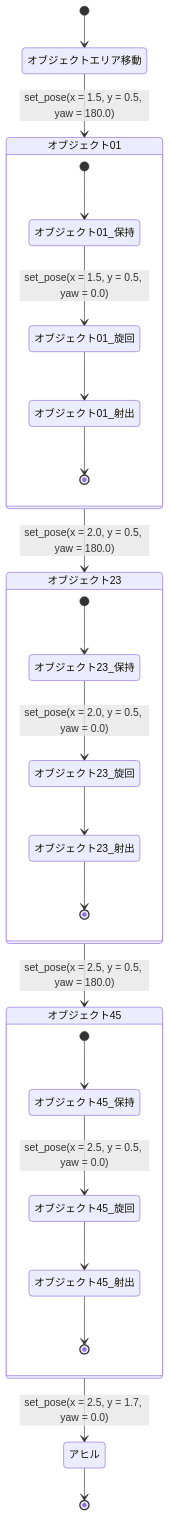
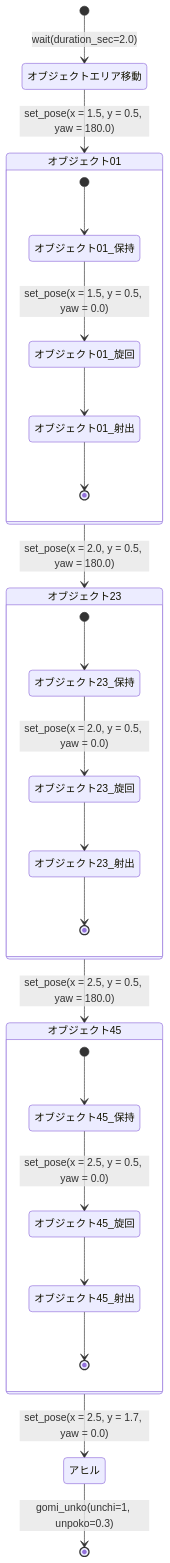
Before and after one commit to NITIC-Robot-Club/krb2026b_ros2: the diagram in src/launch/krb2026b_launch/state_graph/test.md, drawn with Mermaid. The commit also changed 4 other files, not shown here.

````diff
--- a/src/launch/krb2026b_launch/state_graph/test.md
+++ b/src/launch/krb2026b_launch/state_graph/test.md
@@ -1,30 +1,30 @@
 ```mermaid
 stateDiagram-v2
-[*] --> オブジェクトエリア移動
+[*] --> オブジェクトエリア移動 : wait(duration_sec=2.0)
 オブジェクトエリア移動 --> オブジェクト01 : set_pose(x = 1.5, y = 0.5, yaw = 180.0)
 オブジェクト01 --> オブジェクト23 : set_pose(x = 2.0, y = 0.5, yaw = 180.0)
 オブジェクト23 --> オブジェクト45 : set_pose(x = 2.5, y = 0.5, yaw = 180.0)
 オブジェクト45 --> アヒル : set_pose(x = 2.5, y = 1.7, yaw = 0.0)
-アヒル --> [*]
+アヒル --> [*] : gomi_unko(unchi=1, unpoko=0.3)
 
 state オブジェクト01 {
     [*] --> オブジェクト01_保持
     オブジェクト01_保持 --> オブジェクト01_旋回 : set_pose(x = 1.5, y = 0.5, yaw = 0.0)
     オブジェクト01_旋回 --> オブジェクト01_射出
     オブジェクト01_射出 --> [*]
 }
 
 state オブジェクト23 {
     [*] --> オブジェクト23_保持
     オブジェクト23_保持 --> オブジェクト23_旋回 : set_pose(x = 2.0, y = 0.5, yaw = 0.0)
     オブジェクト23_旋回 --> オブジェクト23_射出
     オブジェクト23_射出 --> [*]
 }
 
 state オブジェクト45 {
     [*] --> オブジェクト45_保持
     オブジェクト45_保持 --> オブジェクト45_旋回 : set_pose(x = 2.5, y = 0.5, yaw = 0.0)
     オブジェクト45_旋回 --> オブジェクト45_射出
     オブジェクト45_射出 --> [*]
 }
 ```
````
